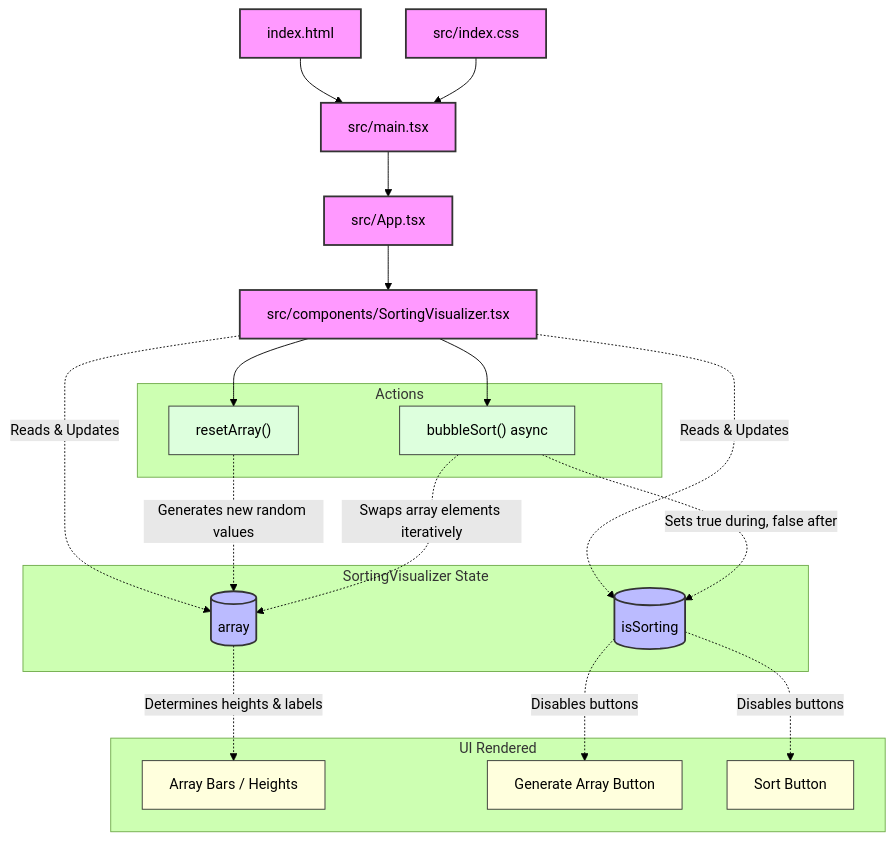
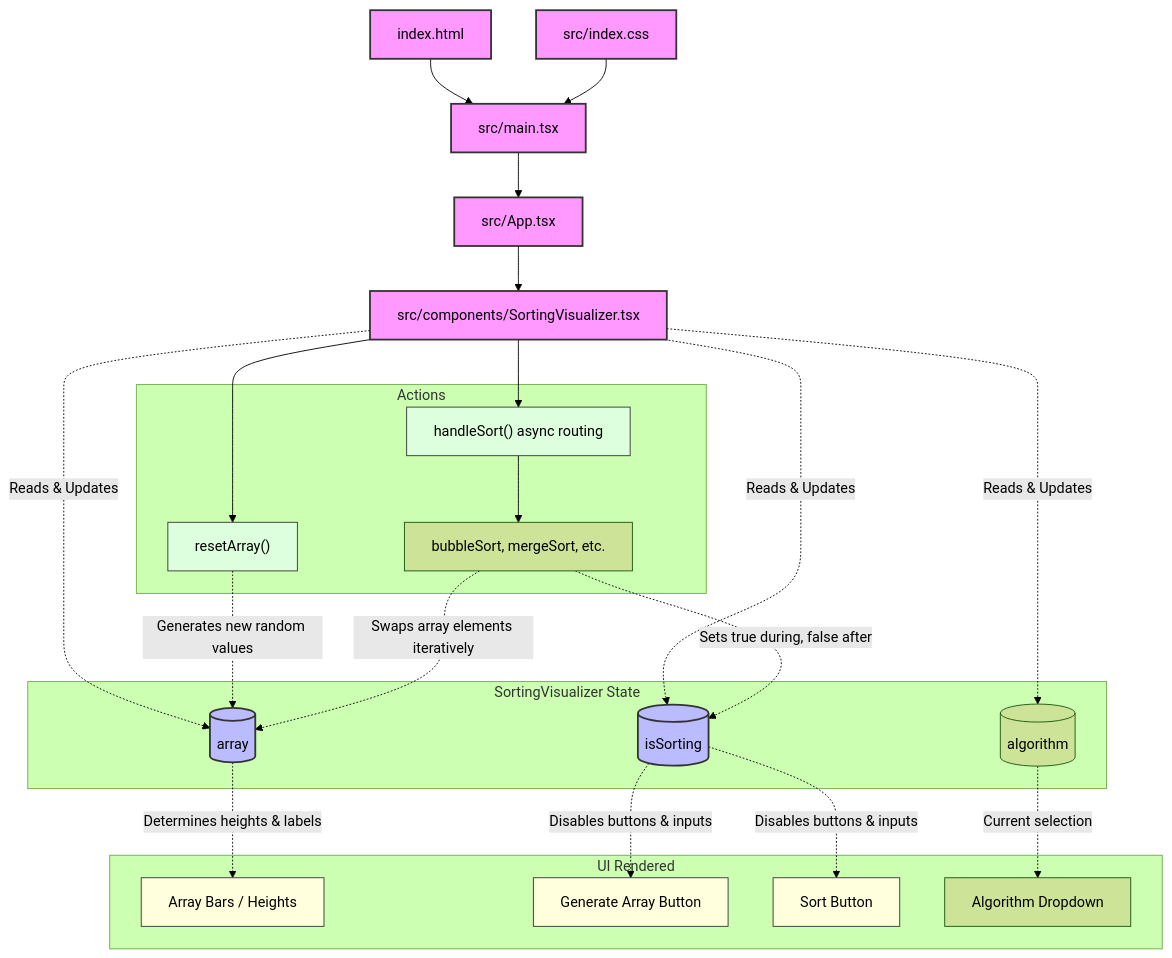
The diagram in README.md (Didithekli/react-bubblesort-visualizer), drawn with Mermaid (forest theme) before and after one commit. The commit also changed other lines of this file, not shown here.

Commit message:
docs: Update README with new sorting algorithms

````diff
--- a/README.md
+++ b/README.md
@@ -73,55 +74,61 @@
 ```mermaid
 graph TD
     %% Main Application Flow
     HTML["index.html"] --> Main["src/main.tsx"]
     Main --> App["src/App.tsx"]
     
     %% Styles
     CSS["src/index.css"] --> Main
     
     %% Components
     App --> Visualizer["src/components/SortingVisualizer.tsx"]
     
     %% State Management inside Visualizer
     subgraph "SortingVisualizer State"
         State1[("array")]
         State2[("isSorting")]
+        State3[("algorithm")]
     end
     Visualizer -. "Reads & Updates" .-> State1
     Visualizer -. "Reads & Updates" .-> State2
+    Visualizer -. "Reads & Updates" .-> State3
     
     %% Actions
     subgraph "Actions"
         Act1["resetArray()"]
-        Act2["bubbleSort() async"]
+        Act2["handleSort() async routing"]
+        Act3["bubbleSort, mergeSort, etc."]
     end
     
     Visualizer --> Act1
     Visualizer --> Act2
+    Act2 --> Act3
     
     %% Effects
     Act1 -. "Generates new random values" .-> State1
-    Act2 -. "Swaps array elements iteratively" .-> State1
-    Act2 -. "Sets true during, false after" .-> State2
+    Act3 -. "Swaps array elements iteratively" .-> State1
+    Act3 -. "Sets true during, false after" .-> State2
     
     %% UI Elements
     subgraph "UI Rendered"
         UI1["Array Bars / Heights"]
         UI2["Generate Array Button"]
         UI3["Sort Button"]
+        UI4["Algorithm Dropdown"]
     end
     
     State1 -. "Determines heights & labels" .-> UI1
-    State2 -. "Disables buttons" .-> UI2
-    State2 -. "Disables buttons" .-> UI3
+    State2 -. "Disables buttons & inputs" .-> UI2
+    State2 -. "Disables buttons & inputs" .-> UI3
+    State3 -. "Current selection" .-> UI4
     
     classDef file fill:#f9f,stroke:#333,stroke-width:2px;
     classDef state fill:#bbf,stroke:#333,stroke-width:2px;
     classDef action fill:#dfd,stroke:#333,stroke-width:1px;
     classDef ui fill:#ffd,stroke:#333,stroke-width:1px;
 
     class HTML,Main,App,Visualizer,CSS file;
     class State1,State2 state;
     class Act1,Act2 action;
     class UI1,UI2,UI3 ui;
 ```
````
